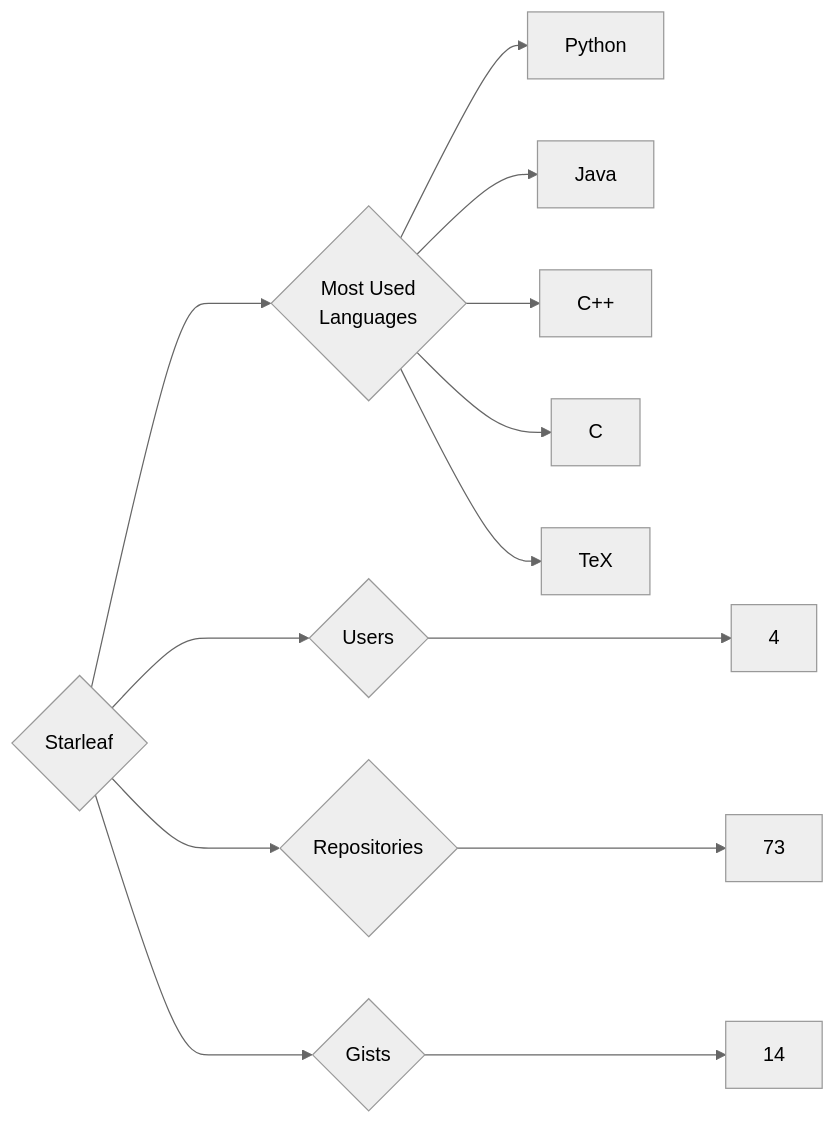
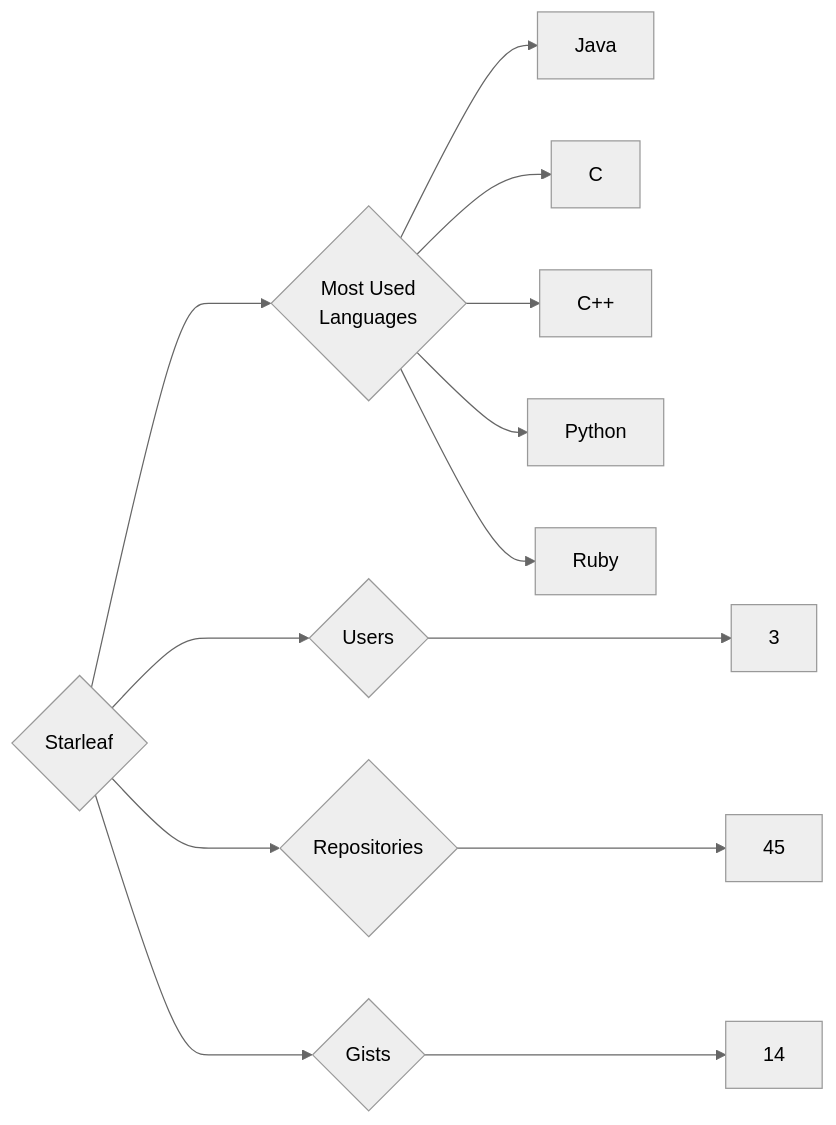
The diagram in targets/Starleaf/README.md (trickest/insiders), drawn with Mermaid (neutral theme) before and after one commit. The commit also changed 1479 other files, not shown here.

````diff
--- a/targets/Starleaf/README.md
+++ b/targets/Starleaf/README.md
@@ -3,13 +3,13 @@
 ```mermaid
 graph LR
 COMPANY_NAME{Starleaf}
-COMPANY_NAME ---> U{Users} ---> UN[4]
-COMPANY_NAME ---> R{Repositories} ---> RN[73]
+COMPANY_NAME ---> U{Users} ---> UN[3]
+COMPANY_NAME ---> R{Repositories} ---> RN[45]
 COMPANY_NAME ---> G{Gists} ---> GN[14]
 COMPANY_NAME ---> ML{Most Used<br>Languages}
+ML --> Java[Java]
+ML --> C[C]
+ML --> C++[C++]
 ML --> Python[Python]
-ML --> Java[Java]
-ML --> C++[C++]
-ML --> C[C]
-ML --> TeX[TeX]
+ML --> Ruby[Ruby]
 ```
````
